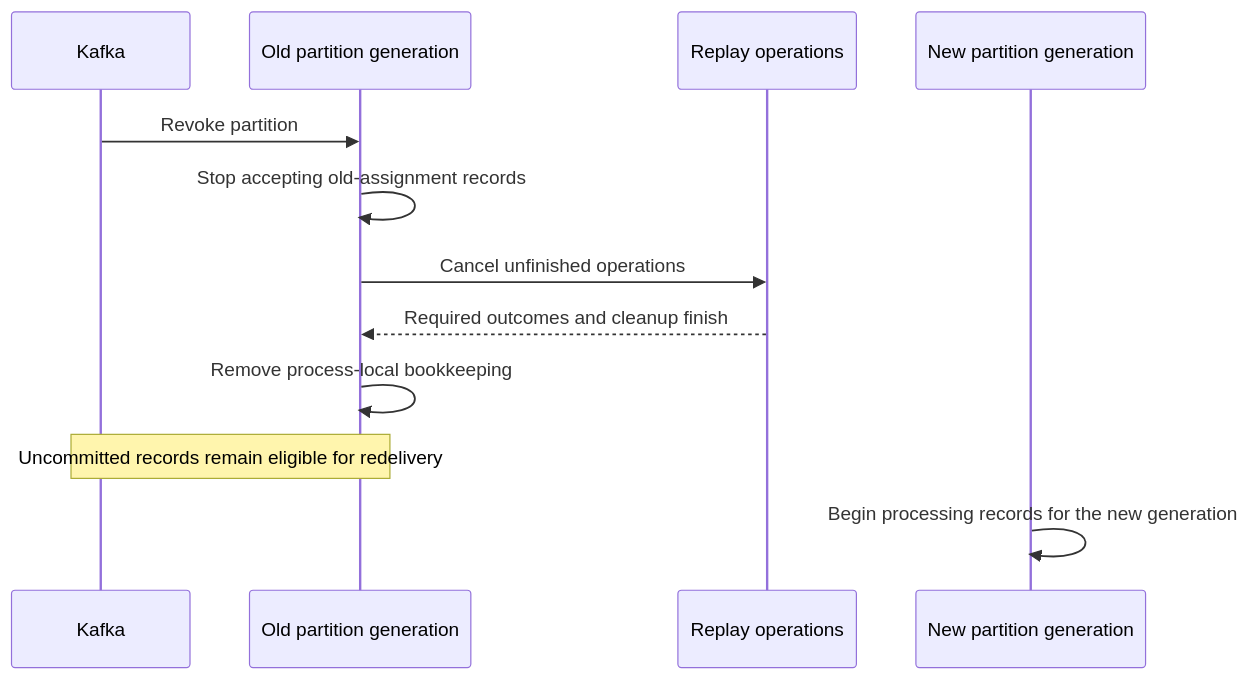
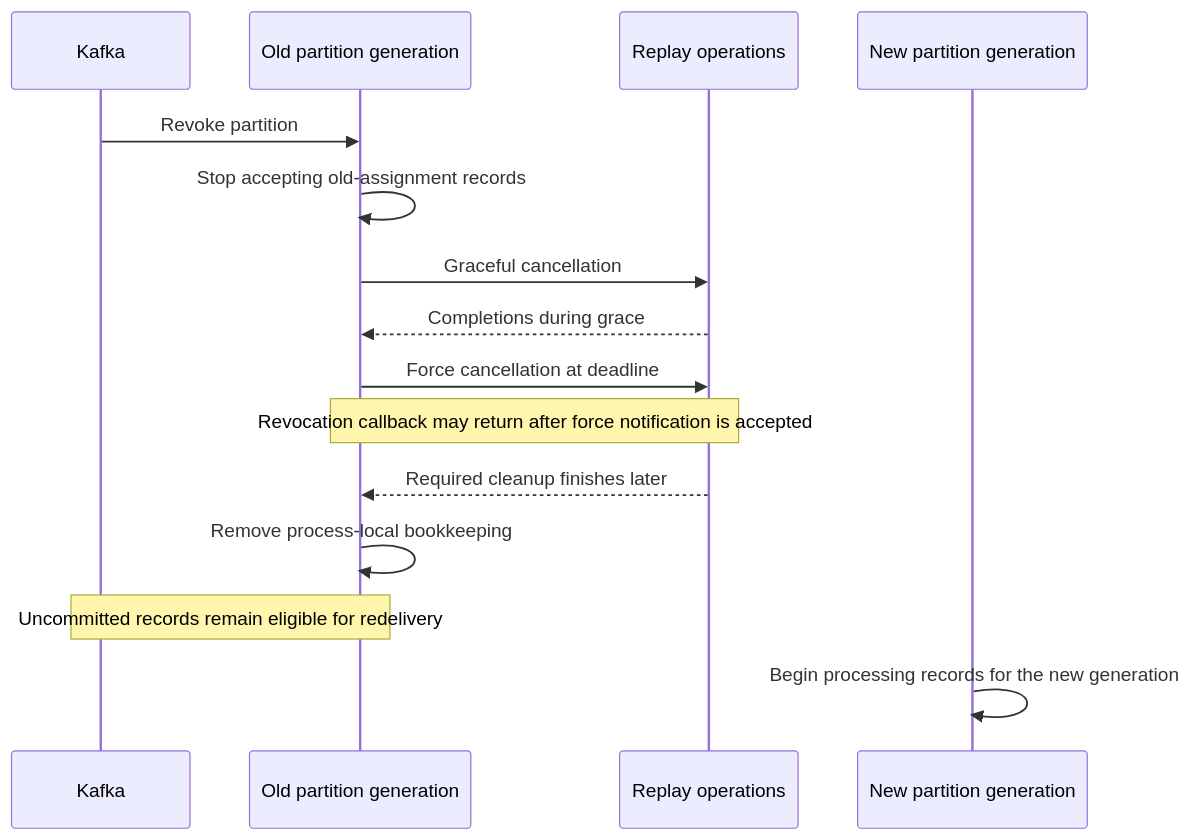
One commit to opensearch-project/opensearch-migrations changed the third of 3 diagrams in docs/captureAndReplayArchitecture.md. Above: the diagram before and after it, drawn with Mermaid. The commit also changed other lines of this file and 10 other files, not shown here.

First line of the commit message:
Design wave: document architecture, expiration, and cancellation

````diff
--- a/docs/captureAndReplayArchitecture.md
+++ b/docs/captureAndReplayArchitecture.md
@@ -839,15 +806,18 @@
 ```mermaid
 sequenceDiagram
     participant Kafka
     participant Old as Old partition generation
     participant Work as Replay operations
     participant New as New partition generation
 
     Kafka->>Old: Revoke partition
     Old->>Old: Stop accepting old-assignment records
-    Old->>Work: Cancel unfinished operations
-    Work-->>Old: Required outcomes and cleanup finish
+    Old->>Work: Graceful cancellation
+    Work-->>Old: Completions during grace
+    Old->>Work: Force cancellation at deadline
+    Note over Old,Work: Revocation callback may return after force notification is accepted
+    Work-->>Old: Required cleanup finishes later
     Old->>Old: Remove process-local bookkeeping
     Note over Old,Kafka: Uncommitted records remain eligible for redelivery
     New->>New: Begin processing records for the new generation
 ```
````
